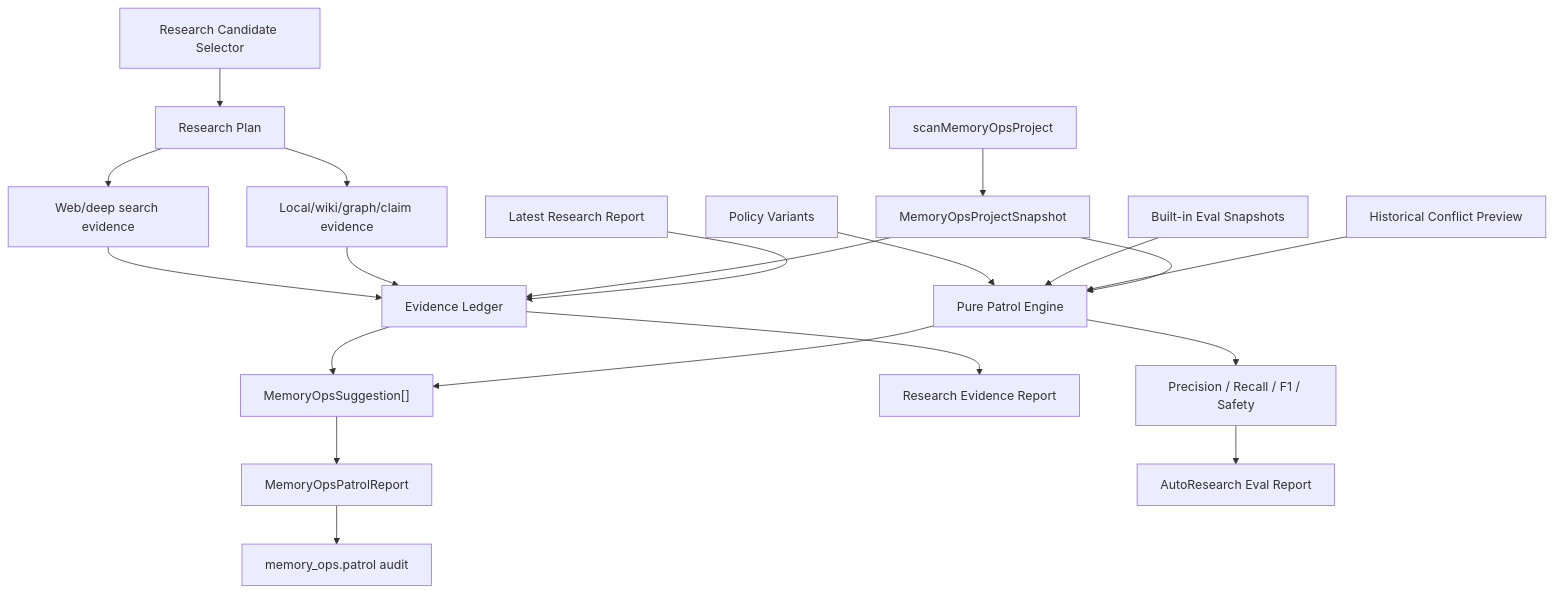
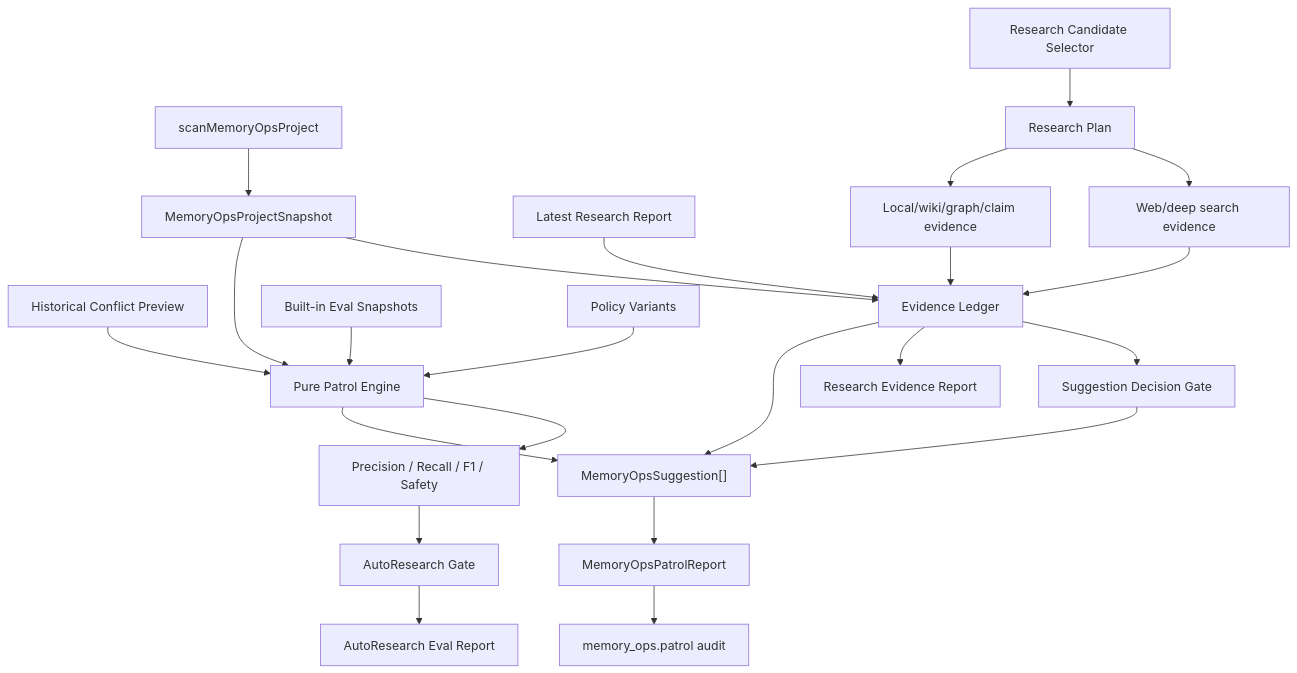
Before and after one commit to hammersmith-xie/llm_wiki_v2: the diagram in docs/memory-ops-deep-research-autoresearch/requirements.md, drawn with Mermaid. The commit also changed other lines of this file and 20 other files, not shown here.

Commit message:
refactor: gate memory ops research decisions

````diff
--- a/docs/memory-ops-deep-research-autoresearch/requirements.md
+++ b/docs/memory-ops-deep-research-autoresearch/requirements.md
@@ -183,24 +211,27 @@
 ```mermaid
 flowchart TD
   Scan["scanMemoryOpsProject"] --> Snapshot["MemoryOpsProjectSnapshot"]
   Snapshot --> Engine["Pure Patrol Engine"]
   History["Historical Conflict Preview"] --> Engine
   LatestResearch["Latest Research Report"] --> Ledger["Evidence Ledger"]
   Snapshot --> Ledger
   Engine --> Suggestions["MemoryOpsSuggestion[]"]
   Ledger --> Suggestions
   Suggestions --> PatrolReport["MemoryOpsPatrolReport"]
   PatrolReport --> Audit["memory_ops.patrol audit"]
 
   Candidates["Research Candidate Selector"] --> Plan["Research Plan"]
   Plan --> LocalEvidence["Local/wiki/graph/claim evidence"]
   Plan --> WebEvidence["Web/deep search evidence"]
   LocalEvidence --> Ledger
   WebEvidence --> Ledger
   Ledger --> ResearchReport["Research Evidence Report"]
 
   Fixtures["Built-in Eval Snapshots"] --> Engine
   PolicyVariants["Policy Variants"] --> Engine
   Engine --> EvalMetrics["Precision / Recall / F1 / Safety"]
-  EvalMetrics --> EvalReport["AutoResearch Eval Report"]
+  EvalMetrics --> EvalGate["AutoResearch Gate"]
+  EvalGate --> EvalReport["AutoResearch Eval Report"]
+  Ledger --> DecisionGate["Suggestion Decision Gate"]
+  DecisionGate --> Suggestions
 ```
````
